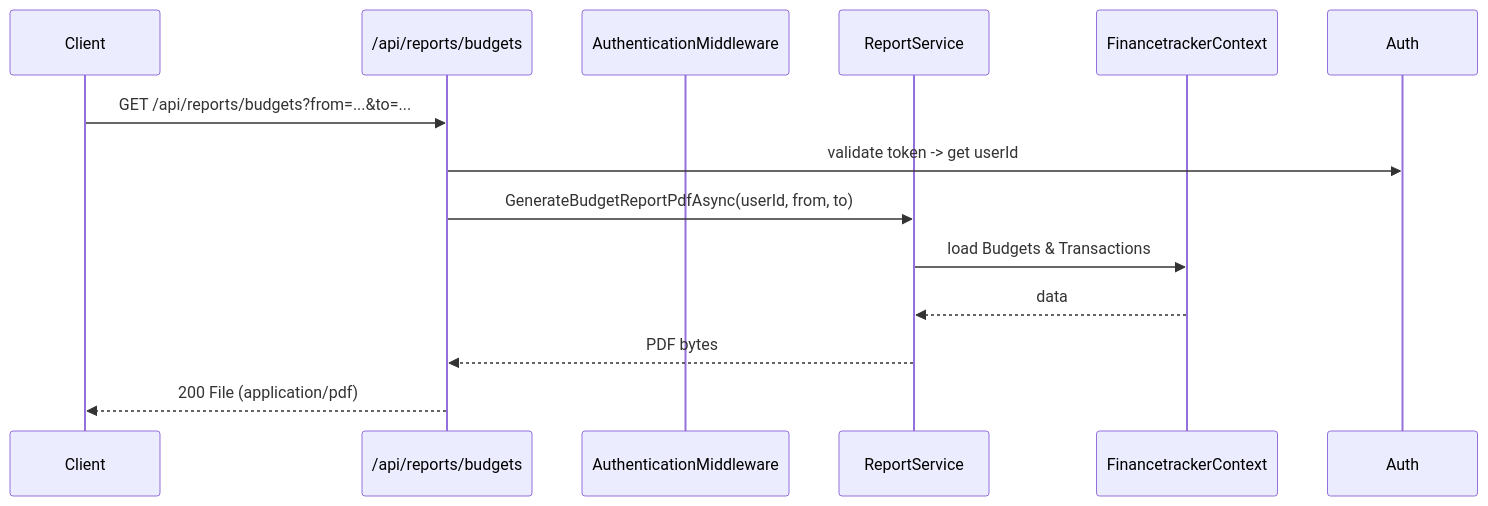
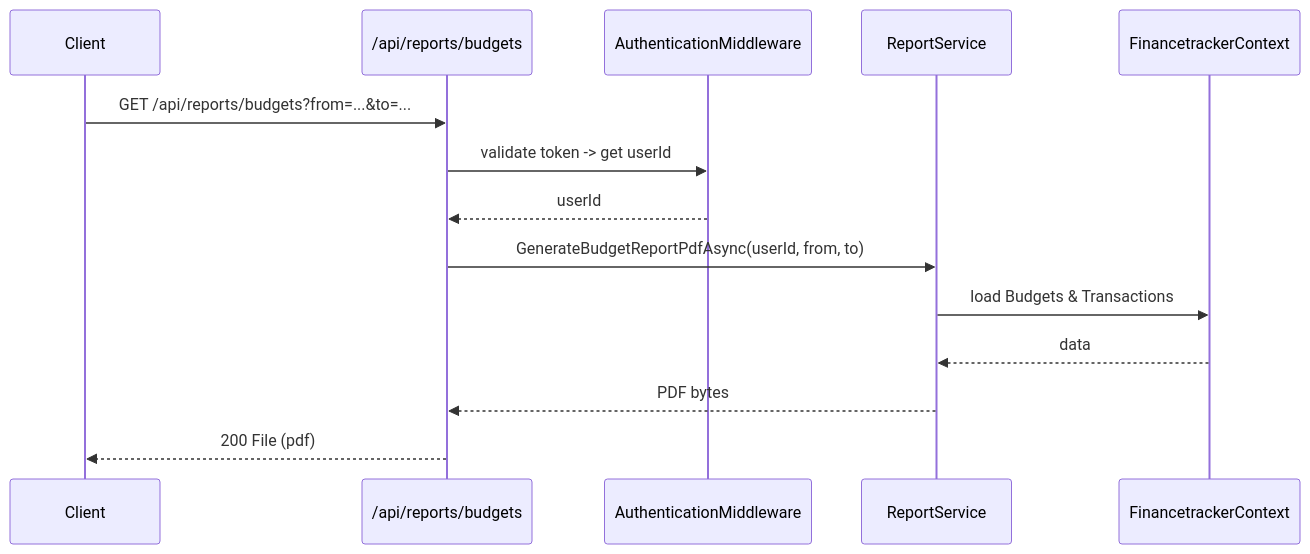
Before and after one commit to cimpa2004/financeTracker: the diagram in docs/sequence-diagrams/reports/diagrams/generate-report_1.mmd, drawn with Mermaid. The commit also changed 7 other files, not shown here.

```diff
--- a/docs/sequence-diagrams/reports/diagrams/generate-report_1.mmd
+++ b/docs/sequence-diagrams/reports/diagrams/generate-report_1.mmd
@@ -1,14 +1,16 @@
+
 sequenceDiagram
     participant Client
     participant API as /api/reports/budgets
     participant AuthenticationMiddleware
     participant Report as ReportService
     participant Db as FinancetrackerContext
 
     Client->>API: GET /api/reports/budgets?from=...&to=...
-    API->>Auth: validate token -> get userId
+    API->>AuthenticationMiddleware: validate token -> get userId
+    AuthenticationMiddleware-->>API: userId
     API->>Report: GenerateBudgetReportPdfAsync(userId, from, to)
     Report->>Db: load Budgets & Transactions
     Db-->>Report: data
     Report-->>API: PDF bytes
-    API-->>Client: 200 File (application/pdf)
+    API-->>Client: 200 File (pdf)
```
